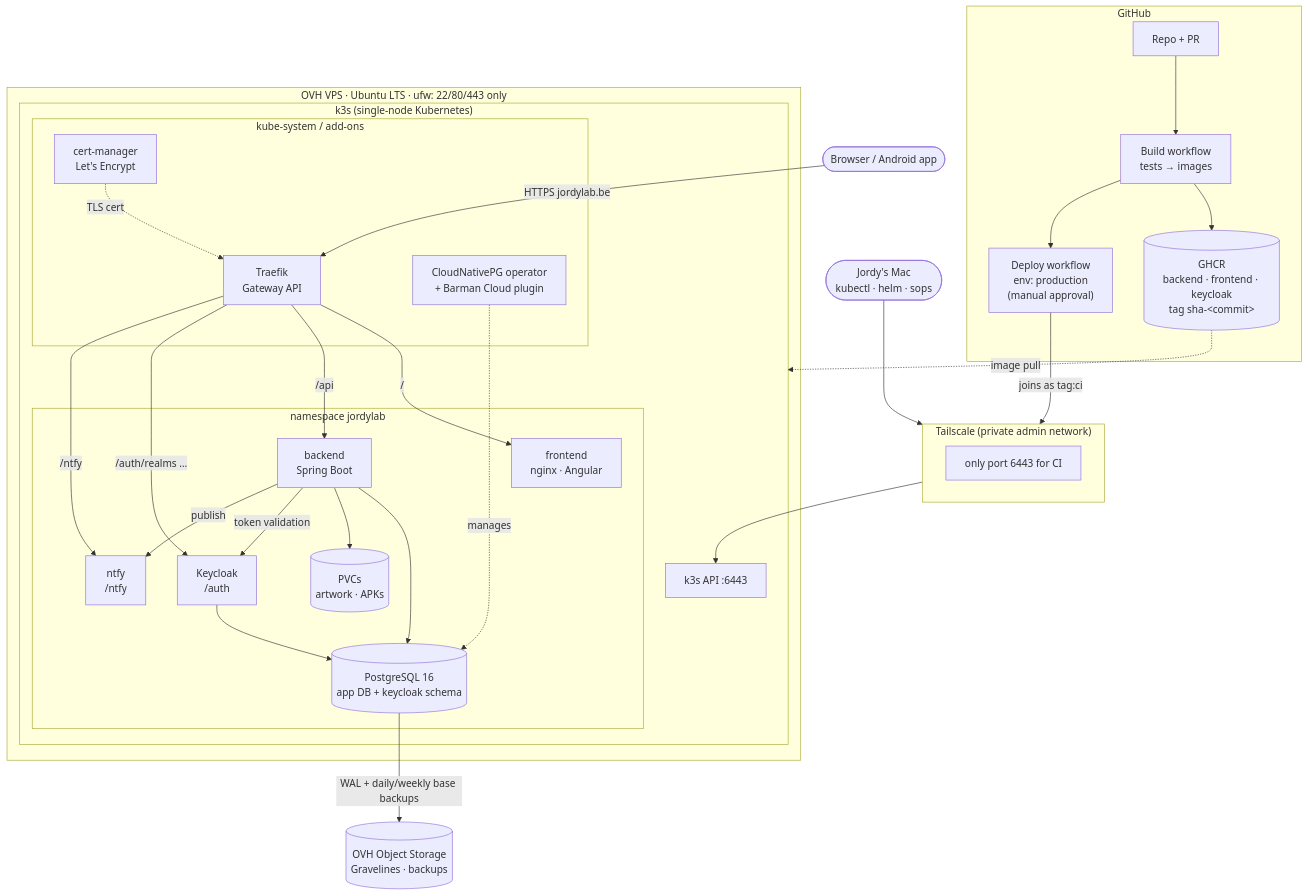
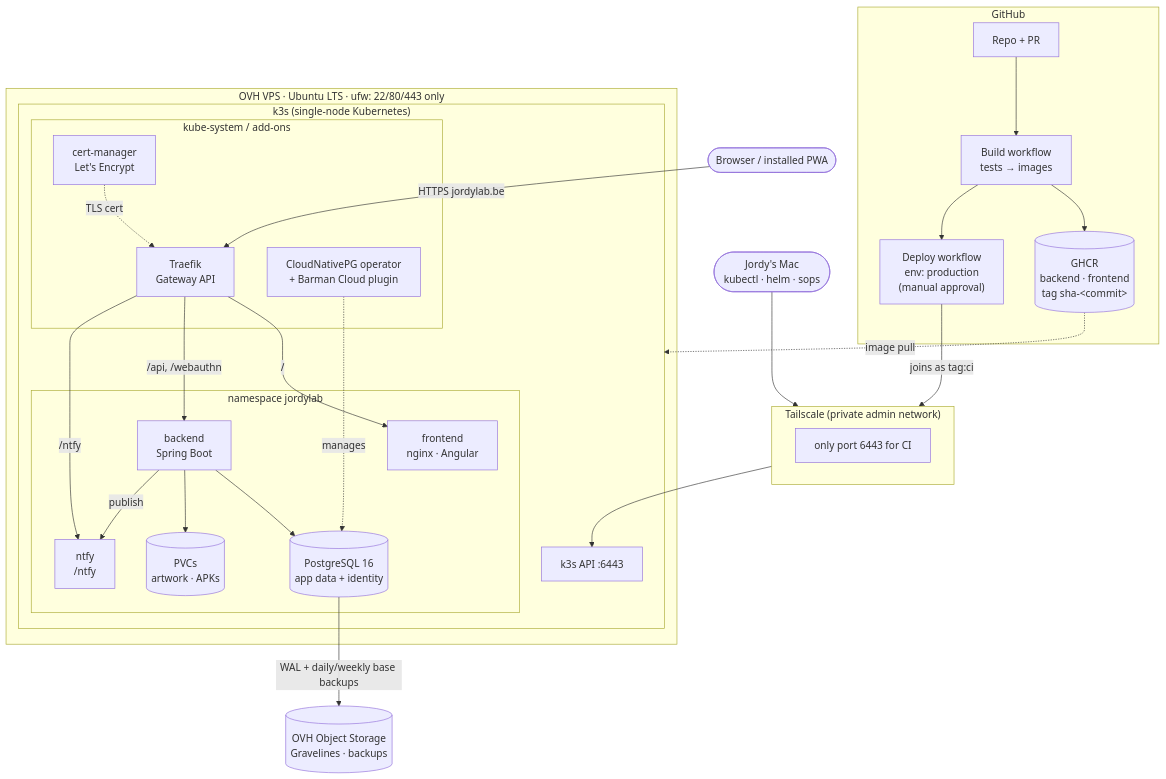
One commit to jordy-swinnen/JordyLab changed the diagram in README.md. Above: the diagram before and after it, drawn with Mermaid. The commit also changed other lines of this file and 79 other files, not shown here.

````diff
--- a/README.md
+++ b/README.md
@@ -14,55 +14,51 @@
 ```mermaid
 flowchart TB
-    user(["Browser / Android app"])
+    user(["Browser / installed PWA"])
     dev(["Jordy's Mac<br/>kubectl · helm · sops"])
 
     subgraph gh["GitHub"]
         repo["Repo + PR"] --> build["Build workflow<br/>tests → images"]
-        build --> ghcr[("GHCR<br/>backend · frontend · keycloak<br/>tag sha-&lt;commit&gt;")]
+        build --> ghcr[("GHCR<br/>backend · frontend<br/>tag sha-&lt;commit&gt;")]
         build --> deploy["Deploy workflow<br/>env: production<br/>(manual approval)"]
     end
 
     subgraph ts["Tailscale (private admin network)"]
         tsnote["only port 6443 for CI"]
     end
 
     subgraph vps["OVH VPS · Ubuntu LTS · ufw: 22/80/443 only"]
         subgraph k3s["k3s (single-node Kubernetes)"]
             api["k3s API :6443"]
             subgraph ks["kube-system / add-ons"]
                 traefik["Traefik<br/>Gateway API"]
                 certm["cert-manager<br/>Let's Encrypt"]
                 cnpgop["CloudNativePG operator<br/>+ Barman Cloud plugin"]
             end
             subgraph ns["namespace jordylab"]
                 fe["frontend<br/>nginx · Angular"]
                 be["backend<br/>Spring Boot"]
-                kc["Keycloak<br/>/auth"]
                 ntfy["ntfy<br/>/ntfy"]
-                pg[("PostgreSQL 16<br/>app DB + keycloak schema")]
+                pg[("PostgreSQL 16<br/>app data + identity")]
                 pvc[("PVCs<br/>artwork · APKs")]
             end
         end
     end
 
     s3[("OVH Object Storage<br/>Gravelines · backups")]
 
     user -- "HTTPS jordylab.be" --> traefik
     traefik -- "/" --> fe
-    traefik -- "/api" --> be
-    traefik -- "/auth/realms …" --> kc
+    traefik -- "/api, /webauthn" --> be
     traefik -- "/ntfy" --> ntfy
     certm -. "TLS cert" .-> traefik
     be --> pg
     be --> pvc
-    be -- "token validation" --> kc
     be -- "publish" --> ntfy
-    kc --> pg
     cnpgop -. "manages" .-> pg
     pg -- "WAL + daily/weekly base backups" --> s3
 
     deploy -- "joins as tag:ci" --> ts
     dev --> ts
     ts --> api
     ghcr -. "image pull" .-> k3s
 ```
````
